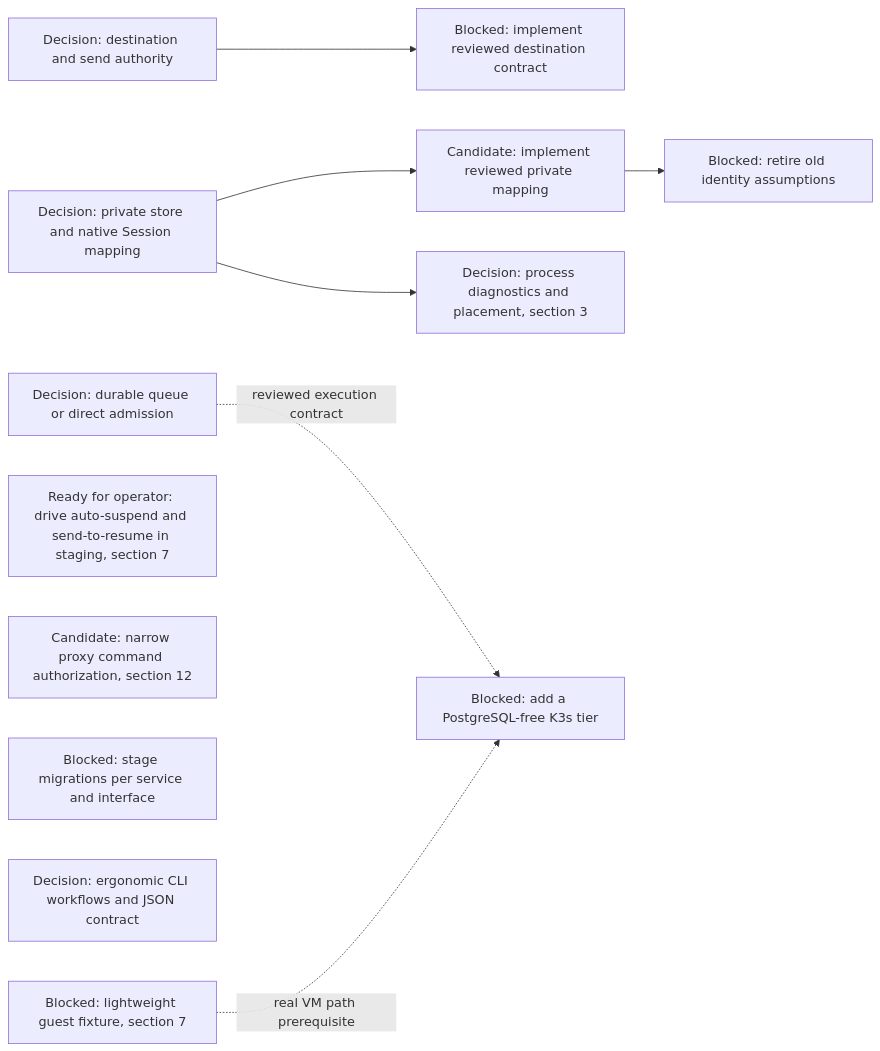
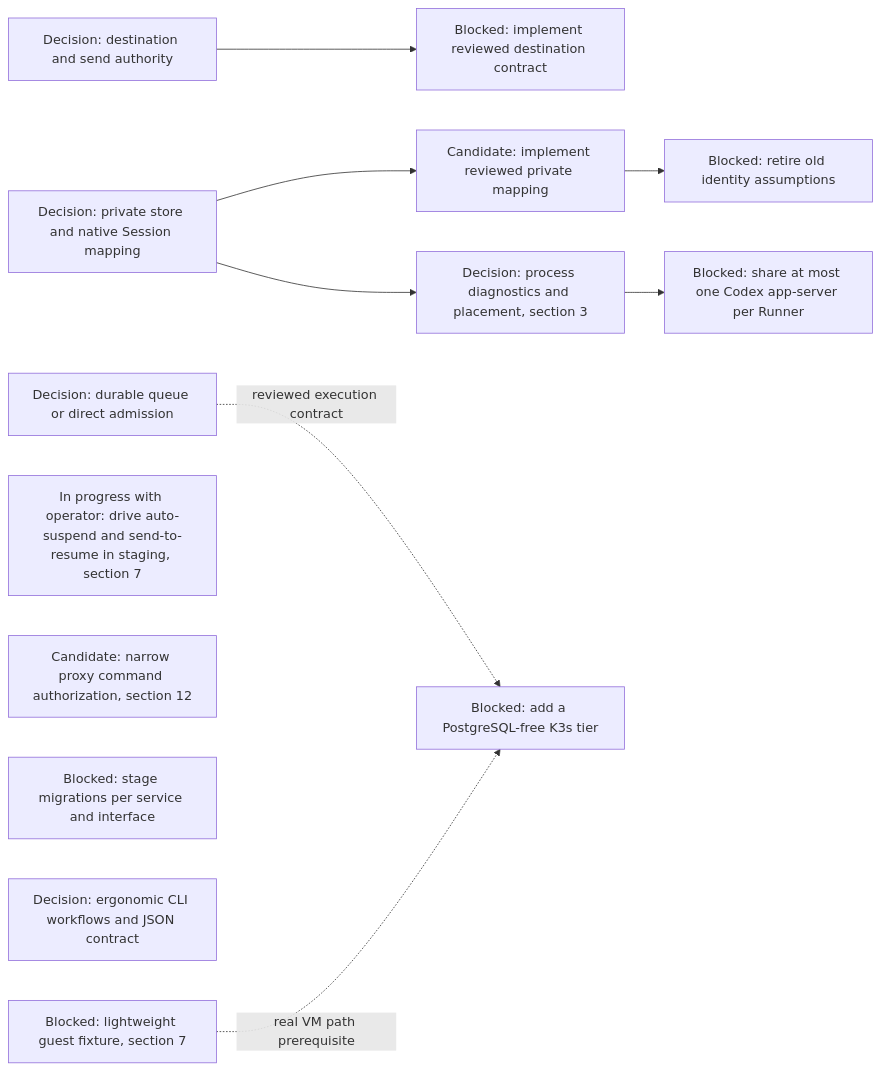
Diagram 16 of 16 in agentplane/plans/task_dag.md (agentydragon/ducktape), drawn with Mermaid before and after one commit. The commit also changed other lines of this file, not shown here.

Commit message:
docs(agentplane): plan shared Codex app-server per runner

````diff
--- a/agentplane/plans/task_dag.md
+++ b/agentplane/plans/task_dag.md
@@ -1690,22 +1727,23 @@
 ```mermaid
 flowchart LR
     DISPATCHER_PERSISTENCE_MODEL_DESIGN[Decision: durable queue or direct admission]
     DELIVERY_DESTINATION_AUTHORITY_DESIGN[Decision: destination and send authority]
     DELIVERY_DESTINATION_CONTRACT[Blocked: implement reviewed destination contract]
     HARNESS_IDENTITY_DESIGN[Decision: private store and native Session mapping]
     RUNNER_STORE_SESSION_IDENTITY[Candidate: implement reviewed private mapping]
     RUNNER_IDENTITY_LEGACY_CLEANUP[Blocked: retire old identity assumptions]
-    IDLE_SUSPEND_UI_DRIVE[Ready for operator: drive auto-suspend and send-to-resume in staging, section 7]
+    IDLE_SUSPEND_UI_DRIVE[In progress with operator: drive auto-suspend and send-to-resume in staging, section 7]
     PROXY_START_METHODS_DISPATCHER_ONLY[Candidate: narrow proxy command authorization, section 12]
     RUNNER_HARNESS_OBJECTS_DESIGN[Decision: process diagnostics and placement, section 3]
     SERVICE_API_TRANSPORT_MIGRATIONS[Blocked: stage migrations per service and interface]
     AGENT_API_TOOLING_DESIGN[Decision: ergonomic CLI workflows and JSON contract]
     CNPG_FREE_K3S_INTEGRATION_TIER[Blocked: add a PostgreSQL-free K3s tier]
     K3S_VM_IMAGE[Blocked: lightweight guest fixture, section 7]
     DELIVERY_DESTINATION_AUTHORITY_DESIGN --> DELIVERY_DESTINATION_CONTRACT
     RUNNER_STORE_SESSION_IDENTITY --> RUNNER_IDENTITY_LEGACY_CLEANUP
     HARNESS_IDENTITY_DESIGN --> RUNNER_STORE_SESSION_IDENTITY
     HARNESS_IDENTITY_DESIGN --> RUNNER_HARNESS_OBJECTS_DESIGN
+    RUNNER_HARNESS_OBJECTS_DESIGN --> RUNNER_CODEX_SHARED_PROCESS[Blocked: share at most one Codex app-server per Runner]
     DISPATCHER_PERSISTENCE_MODEL_DESIGN -. reviewed execution contract .-> CNPG_FREE_K3S_INTEGRATION_TIER
     K3S_VM_IMAGE -. real VM path prerequisite .-> CNPG_FREE_K3S_INTEGRATION_TIER
 ```
````
